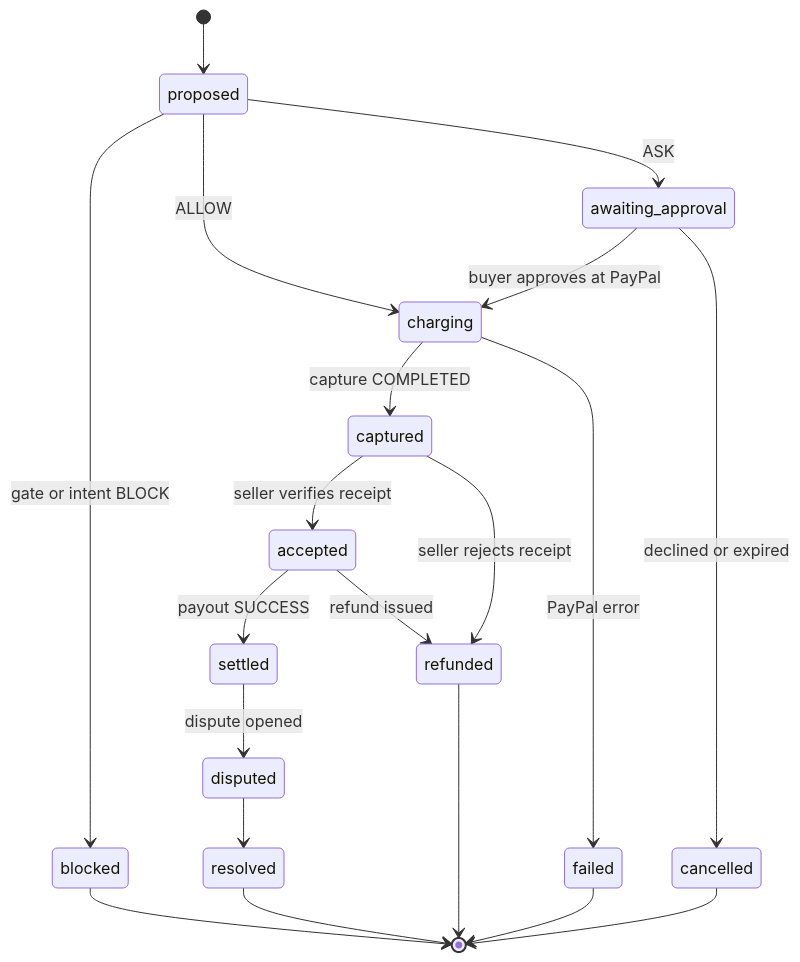
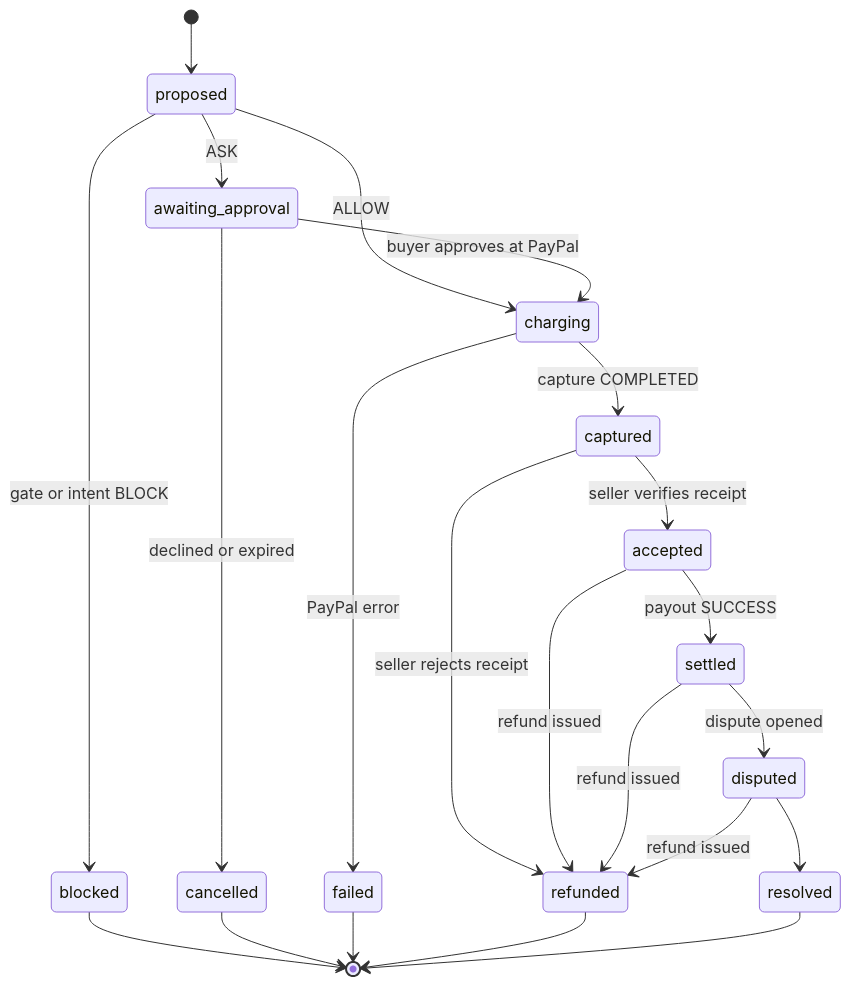
The second of 5 diagrams in docs/architecture.md (omsherikar/behest), drawn with Mermaid before and after one commit.

Commit message:
Show refunds after settlement and during disputes in the purchase lifecycle

````diff
--- a/docs/architecture.md
+++ b/docs/architecture.md
@@ -144,22 +144,24 @@
 ```mermaid
 stateDiagram-v2
   [*] --> proposed
   proposed --> blocked: gate or intent BLOCK
   proposed --> charging: ALLOW
   proposed --> awaiting_approval: ASK
   awaiting_approval --> charging: buyer approves at PayPal
   awaiting_approval --> cancelled: declined or expired
   charging --> captured: capture COMPLETED
   charging --> failed: PayPal error
   captured --> accepted: seller verifies receipt
   captured --> refunded: seller rejects receipt
   accepted --> settled: payout SUCCESS
   accepted --> refunded: refund issued
   settled --> disputed: dispute opened
+  settled --> refunded: refund issued
+  disputed --> refunded: refund issued
   disputed --> resolved
   blocked --> [*]
   cancelled --> [*]
   failed --> [*]
   refunded --> [*]
   resolved --> [*]
 ```
````
